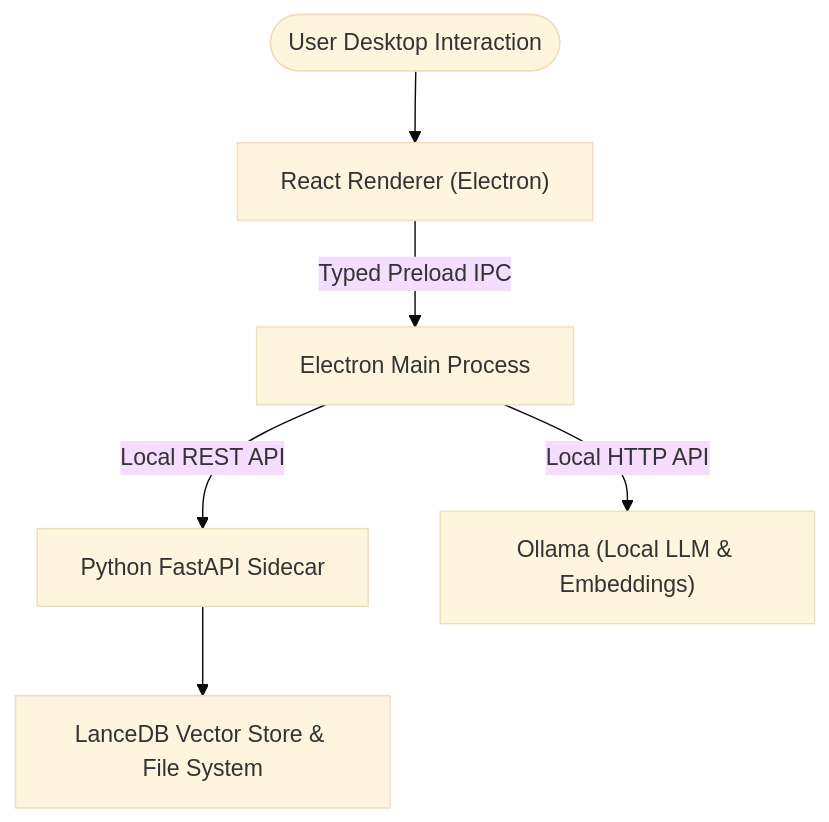
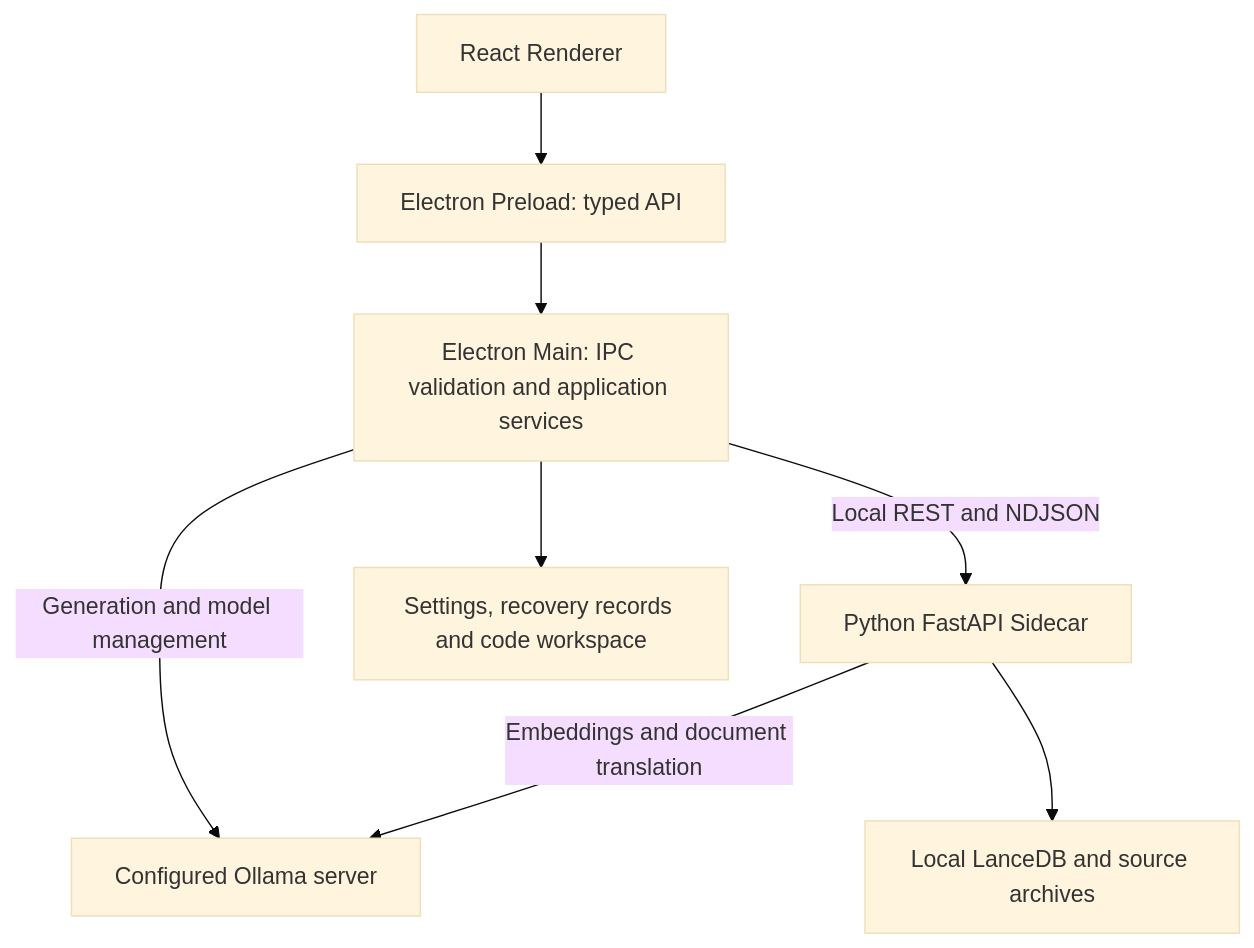
The first of 2 diagrams in README.md (dennidalpos/OnlyRagV2), drawn with Mermaid (base theme) before and after one commit. The commit also changed other lines of this file and 20 other files, not shown here.

````diff
--- a/README.md
+++ b/README.md
@@ -13,8 +72,10 @@
 ```mermaid
 flowchart TD
-  User(["User Desktop Interaction"]) --> UI["React Renderer (Electron)"]
-  UI -- "Typed Preload IPC" --> Main["Electron Main Process"]
-  Main -- "Local REST API" --> Sidecar["Python FastAPI Sidecar"]
-  Main -- "Local HTTP API" --> Ollama["Ollama (Local LLM & Embeddings)"]
-  Sidecar --> Storage["LanceDB Vector Store & File System"]
+  UI["React Renderer"] --> Preload["Electron Preload: typed API"]
+  Preload --> Main["Electron Main: IPC validation and application services"]
+  Main -- "Local REST and NDJSON" --> Sidecar["Python FastAPI Sidecar"]
+  Main -- "Generation and model management" --> Ollama["Configured Ollama server"]
+  Sidecar -- "Embeddings and document translation" --> Ollama
+  Sidecar --> Store["Local LanceDB and source archives"]
+  Main --> Files["Settings, recovery records and code workspace"]
 ```
````
